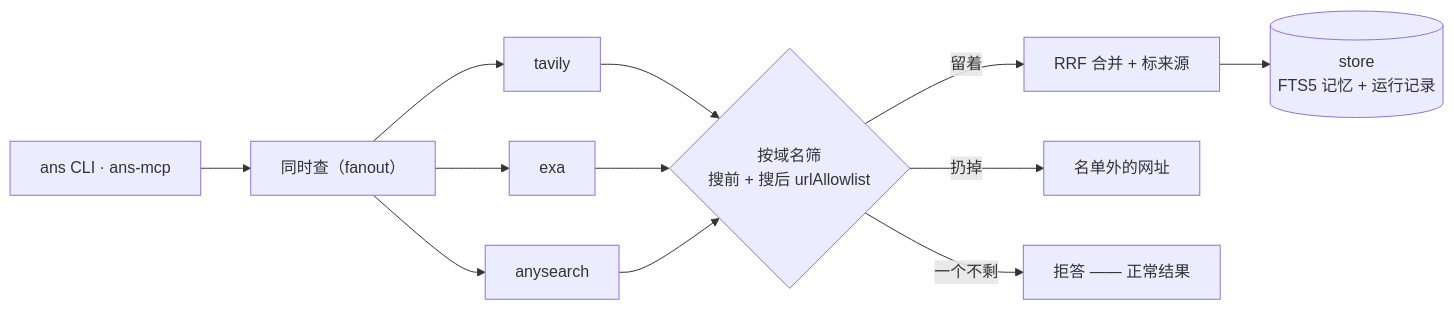
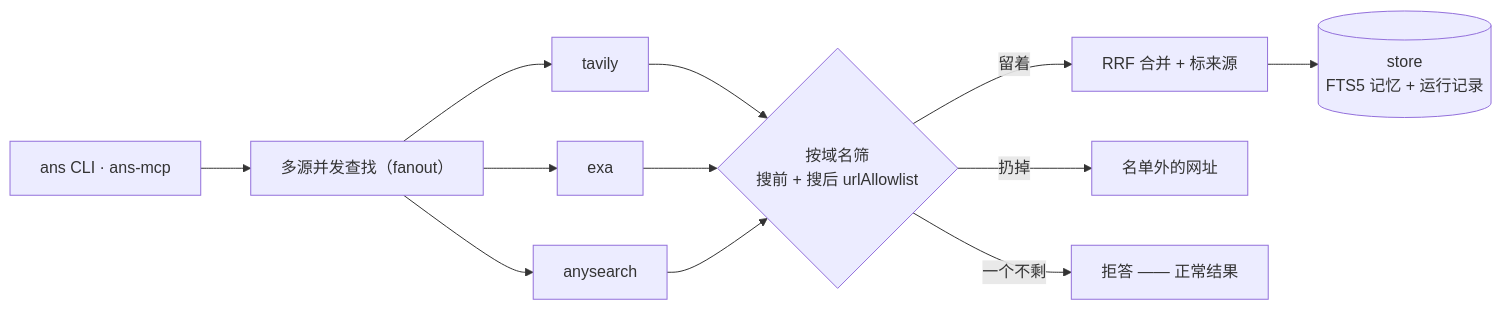
The diagram in README.zh-CN.md (Xxx91n/anysearch-cli), drawn with Mermaid before and after one commit. The commit also changed other lines of this file and 1 other file, not shown here.

Commit message:
docs(zh): 二轮审阅——修正归属与图示叫法 (#233)

````diff
--- a/README.zh-CN.md
+++ b/README.zh-CN.md
@@ -215,12 +215,12 @@
 ```mermaid
 flowchart LR
-    U["ans CLI · ans-mcp"] --> Q["同时查（fanout）"]
+    U["ans CLI · ans-mcp"] --> Q["多源并发查找（fanout）"]
     Q --> T["tavily"]
     Q --> E["exa"]
     Q --> A["anysearch"]
     T & E & A --> G{"按域名筛<br/>搜前 + 搜后 urlAllowlist"}
     G -->|"留着"| F["RRF 合并 + 标来源"]
     G -->|"扔掉"| X["名单外的网址"]
     G -->|"一个不剩"| Z["拒答 —— 正常结果"]
     F --> S[("store<br/>FTS5 记忆 + 运行记录")]
 ```
````
